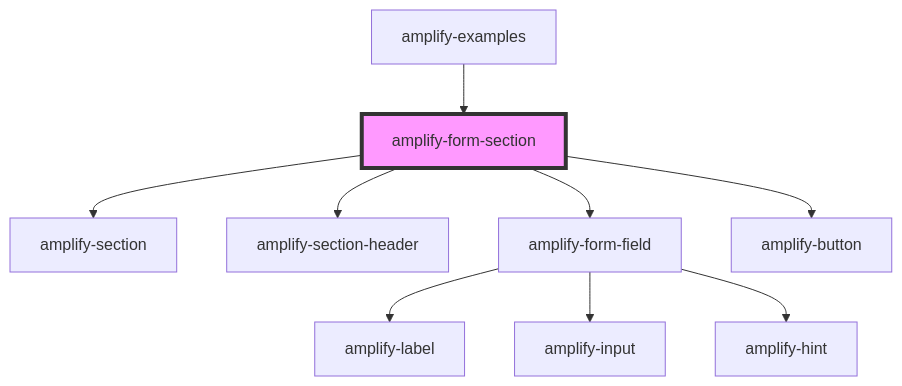
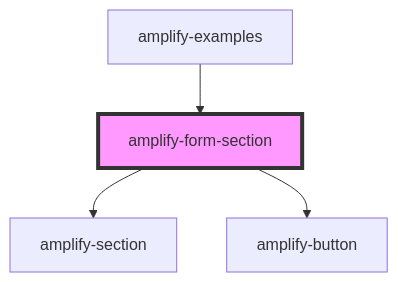
The diagram in packages/amplify-ui-components/src/components/amplify-form-section/readme.md (OneDev0411/amplify-js), drawn with Mermaid before and after one commit. The commit also changed other lines of this file and 16 other files, not shown here.

````diff
--- a/packages/amplify-ui-components/src/components/amplify-form-section/readme.md
+++ b/packages/amplify-ui-components/src/components/amplify-form-section/readme.md
@@ -31,12 +30,7 @@
 ```mermaid
 graph TD;
   amplify-form-section --> amplify-section
-  amplify-form-section --> amplify-section-header
-  amplify-form-section --> amplify-form-field
   amplify-form-section --> amplify-button
-  amplify-form-field --> amplify-label
-  amplify-form-field --> amplify-input
-  amplify-form-field --> amplify-hint
   amplify-examples --> amplify-form-section
   style amplify-form-section fill:#f9f,stroke:#333,stroke-width:4px
 ```
````
